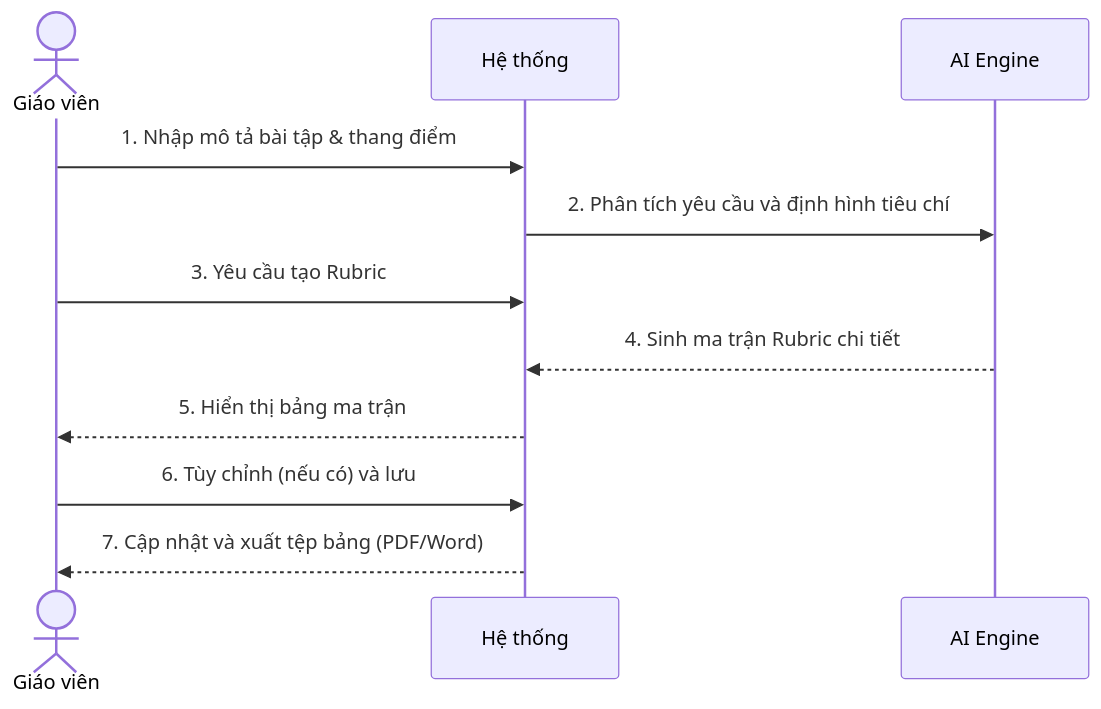
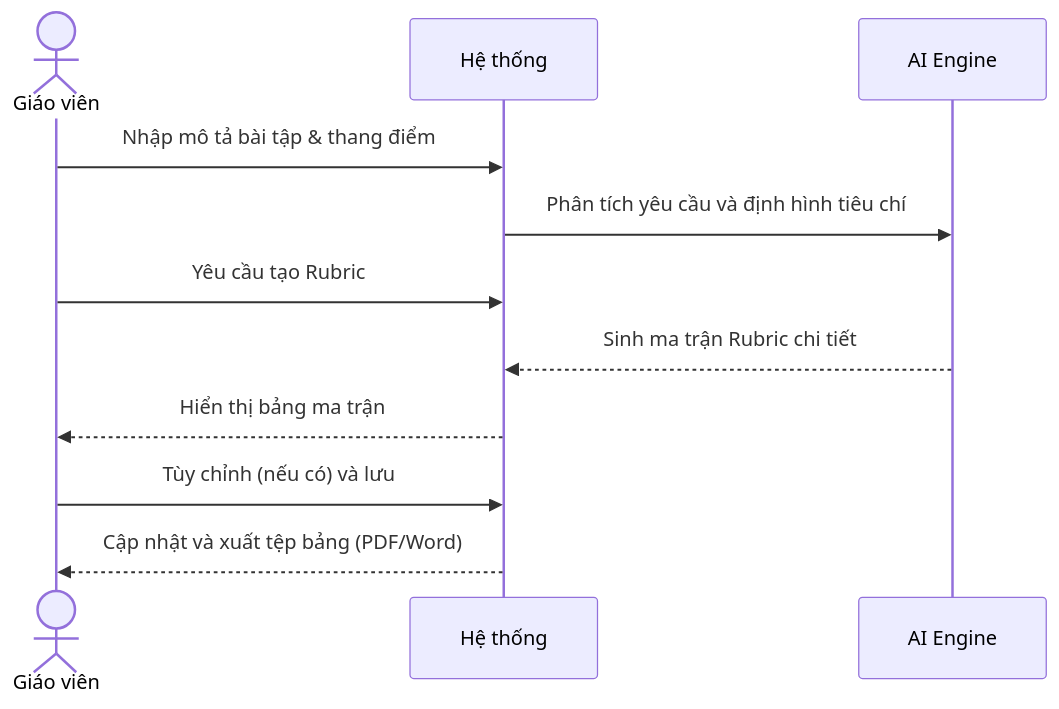
Before and after one commit to Cong-ty-TNNH-Q-Tech/Q-School: the first of 4 diagrams in docs/nhom_2_assessment_feedback.md, drawn with Mermaid. The commit also changed other lines of this file and 5 other files, not shown here.

Commit message:
docs: refine sequence diagrams logical flow and remove step numbers

````diff
--- a/docs/nhom_2_assessment_feedback.md
+++ b/docs/nhom_2_assessment_feedback.md
@@ -22,14 +22,14 @@
 ```mermaid
 sequenceDiagram
     actor GV as Giáo viên
     participant HT as Hệ thống
     participant AI as AI Engine
 
-    GV->>HT: 1. Nhập mô tả bài tập & thang điểm
-    HT->>AI: 2. Phân tích yêu cầu và định hình tiêu chí
-    GV->>HT: 3. Yêu cầu tạo Rubric
-    AI-->>HT: 4. Sinh ma trận Rubric chi tiết
-    HT-->>GV: 5. Hiển thị bảng ma trận
-    GV->>HT: 6. Tùy chỉnh (nếu có) và lưu
-    HT-->>GV: 7. Cập nhật và xuất tệp bảng (PDF/Word)
+    GV->>HT: Nhập mô tả bài tập & thang điểm
+    HT->>AI: Phân tích yêu cầu và định hình tiêu chí
+    GV->>HT: Yêu cầu tạo Rubric
+    AI-->>HT: Sinh ma trận Rubric chi tiết
+    HT-->>GV: Hiển thị bảng ma trận
+    GV->>HT: Tùy chỉnh (nếu có) và lưu
+    HT-->>GV: Cập nhật và xuất tệp bảng (PDF/Word)
 ```
````
